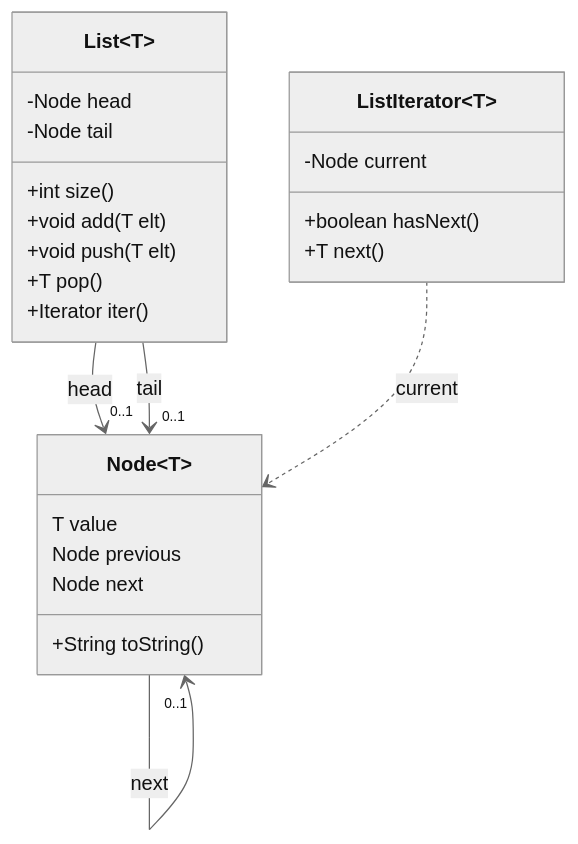
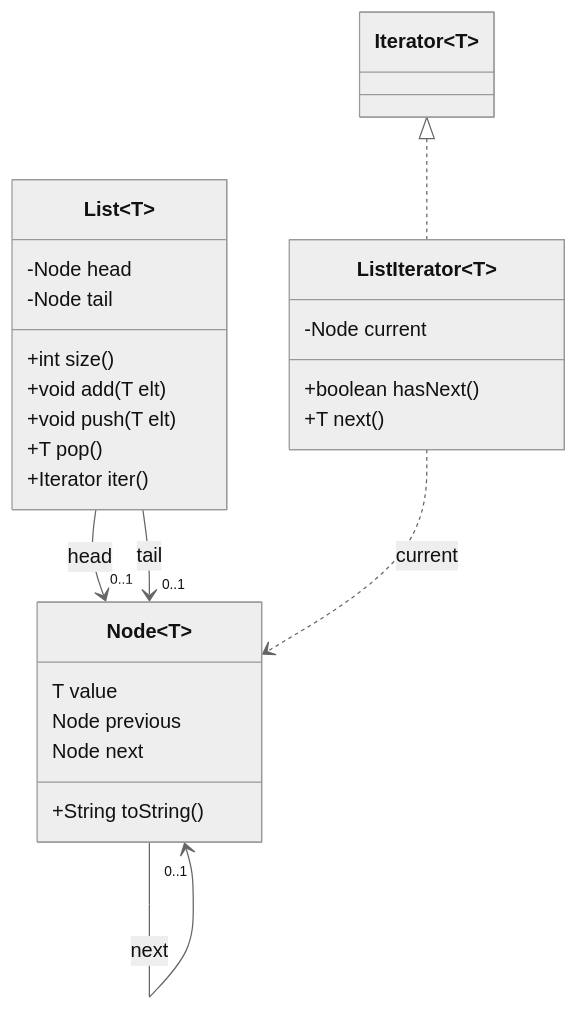
The first of 6 diagrams in README.md (nbeney/codebar-java-data-structures), drawn with Mermaid (neutral theme) before and after one commit.

````diff
--- a/README.md
+++ b/README.md
@@ -5,33 +5,36 @@
 ```mermaid
 classDiagram
     class Node["Node&lt;T&gt;"] {
         T value
         Node previous
         Node next
         +String toString()
     }
 
     Node --> "0..1" Node : previous
     Node --> "0..1" Node : next
 
     class List["List&lt;T&gt;"] {
         -Node head
         -Node tail
         +int size()
         +void add(T elt)
         +void push(T elt)
         +T pop()
         +Iterator iter()
     }
 
     List --> "0..1" Node : head
     List --> "0..1" Node : tail
 
+    class Iterator["Iterator&lt;T&gt;"]
+
     class ListIterator["ListIterator&lt;T&gt;"] {
         -Node current
         +boolean hasNext()
         +T next()
     }
 
+    Iterator <|.. ListIterator
     ListIterator ..> Node : current
 ```
````
